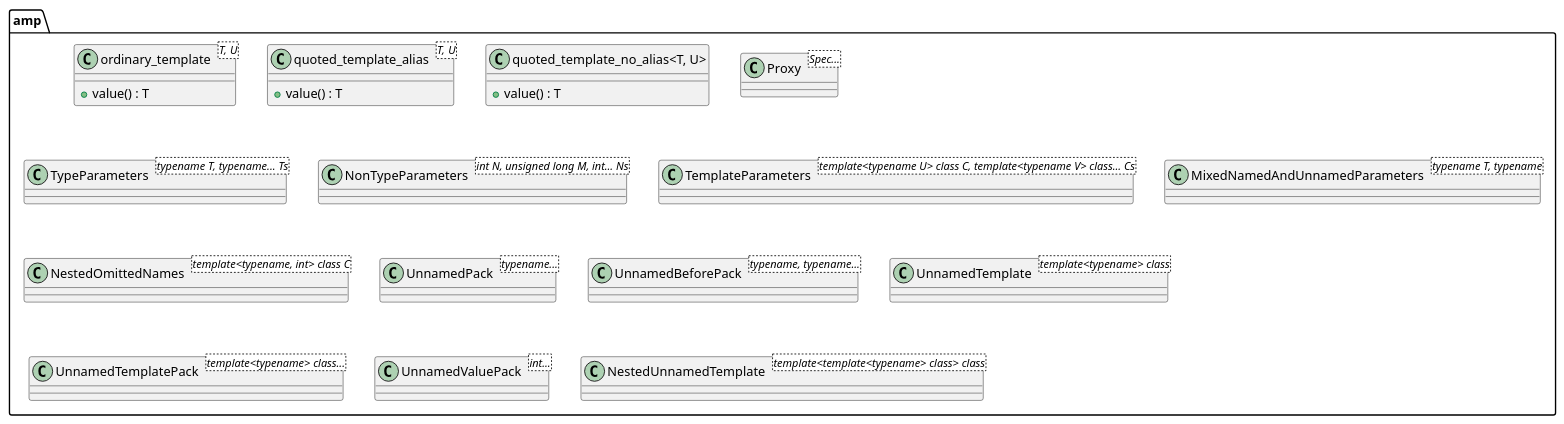
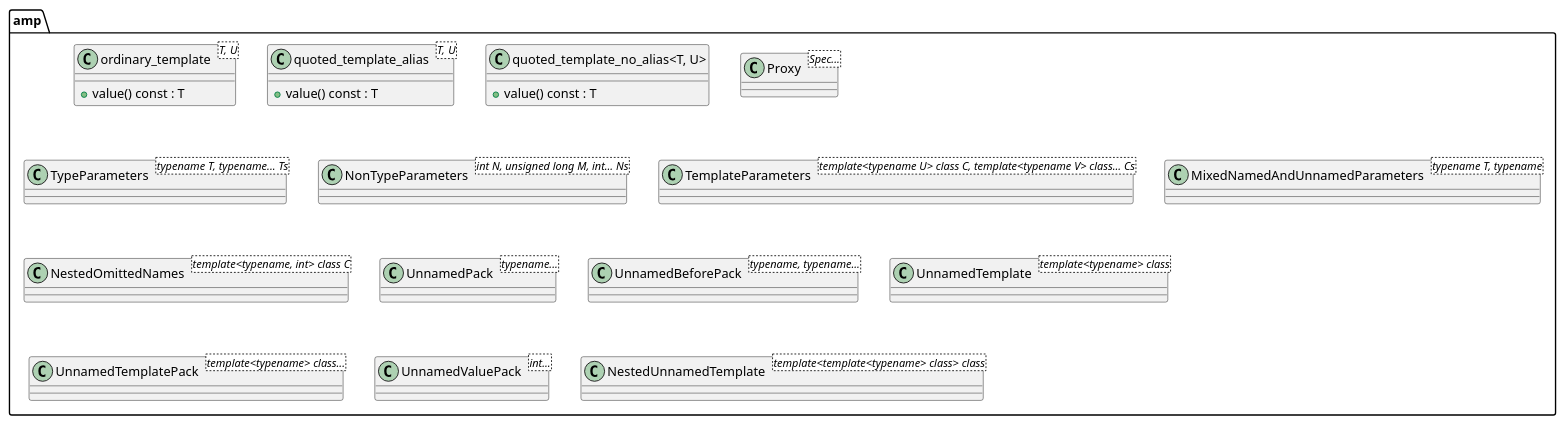
Before and after one commit to eclipse-score/tooling: the diagram in validation/core/integration_test/class_design_implementation/positive_class_template_forms/class_diagram.puml, drawn with PlantUML. The commit also changed 51 other files, not shown here.

```diff
--- a/validation/core/integration_test/class_design_implementation/positive_class_template_forms/class_diagram.puml
+++ b/validation/core/integration_test/class_design_implementation/positive_class_template_forms/class_diagram.puml
@@ -14,53 +14,53 @@
 @startuml positive_class_template_forms
 
 namespace amp {
     ' Declaration forms: unquoted, quoted, aliases, and legacy parameter packs.
     class ordinary_template<T, U> {
-        + value() : T
+        + value() const : T
     }
 
     class "quoted_template_alias<T, U>" as quoted_template_alias {
-        + value() : T
+        + value() const : T
     }
 
     class "quoted_template_no_alias<T, U>" {
-        + value() : T
+        + value() const : T
     }
 
     class "Proxy<Spec...>" as P
 
     class "TypeParameters<typename T, typename... Ts>" as TypeParameters {
     }
 
     class "NonTypeParameters<int N, unsigned long M, int... Ns>" as NonTypeParameters {
     }
 
     class "TemplateParameters<template<typename U> class C, template<typename V> class... Cs>" as TemplateParameters {
     }
 
     class "MixedNamedAndUnnamedParameters<typename T, typename>" as MixedNamedAndUnnamedParameters {
     }
 
     class "NestedOmittedNames<template<typename, int> class C>" as NestedOmittedNames {
     }
 
     class "UnnamedPack<typename...>" as UnnamedPack {
     }
 
     class "UnnamedBeforePack<typename, typename...>" as UnnamedBeforePack {
     }
 
     class "UnnamedTemplate<template<typename> class>" as UnnamedTemplate {
     }
 
     class "UnnamedTemplatePack<template<typename> class...>" as UnnamedTemplatePack {
     }
 
     class "UnnamedValuePack<int...>" as UnnamedValuePack {
     }
 
     class "NestedUnnamedTemplate<template<template<typename> class> class>" as NestedUnnamedTemplate {
     }
 }
 
 @enduml
```
